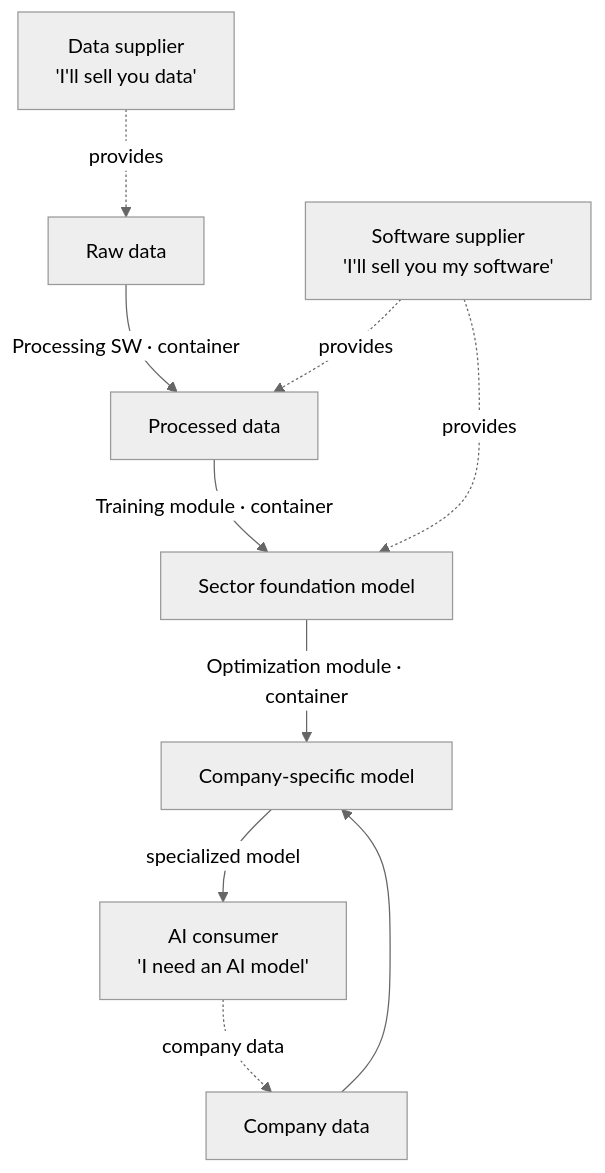
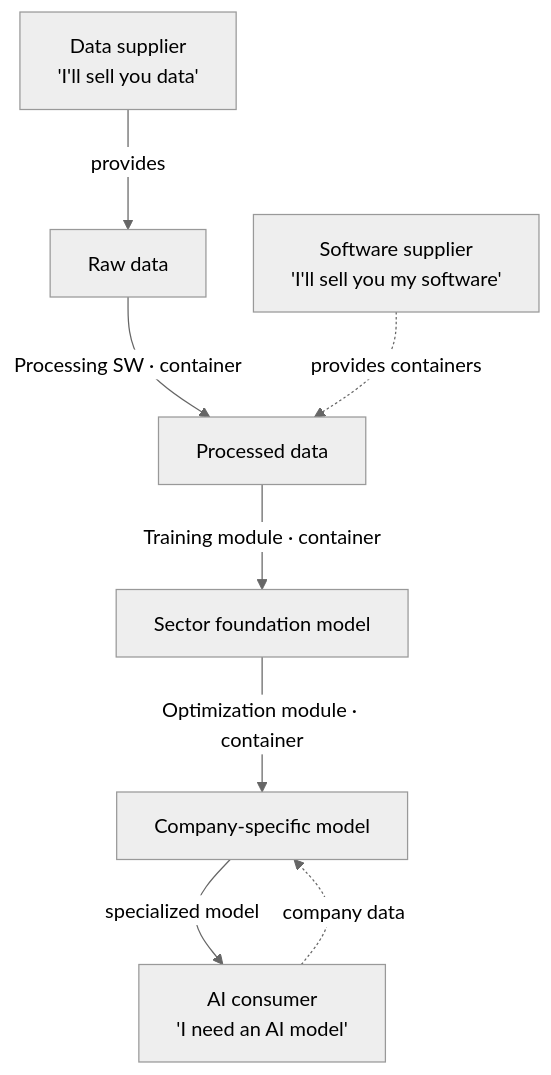
The diagram in _posts/2026-06-29-industrial-ai-data-factory.md (seungwooketi/seungwooketi.github.io), drawn with Mermaid (neutral theme) before and after one commit. The commit also changed other lines of this file and 1 other file, not shown here.

Commit message:
style(post): Data Lake 플로우를 좁은 수직 척추 구조로 재구성
가로 분기를 줄여 칼럼 폭 안에 들어오는 세로 흐름으로 재배치(공급자→원데이터→
가공→섹터FM→특화모델→수요자), rankSpacing으로 세로 여백 확보, zoomable 끄고
max-width로 크게 표시. 우측 잘림 해소. KO/EN 모두.

````diff
--- a/_posts/2026-06-29-industrial-ai-data-factory.md
+++ b/_posts/2026-06-29-industrial-ai-data-factory.md
@@ -141,12 +136,11 @@
 ```mermaid
+%%{init: {'flowchart': {'rankSpacing': 60, 'nodeSpacing': 38}}}%%
 flowchart TB
-  RD["Raw data"] -- "Processing SW · container" --> PD["Processed data"]
-  PD -- "Training module · container" --> SFM["Sector foundation model"]
-  SFM -- "Optimization module · container" --> CFM["Company-specific model"]
-  ED["Company data"] --> CFM
-  DP["Data supplier<br/>'I'll sell you data'"] -. provides .-> RD
-  SP["Software supplier<br/>'I'll sell you my software'"] -. provides .-> PD
-  SP -. provides .-> SFM
-  AIC["AI consumer<br/>'I need an AI model'"] -. company data .-> ED
-  CFM -- "specialized model" --> AIC
+  DP["Data supplier<br/>'I'll sell you data'"] -->|provides| RD["Raw data"]
+  RD -->|Processing SW · container| PD["Processed data"]
+  PD -->|Training module · container| SFM["Sector foundation model"]
+  SFM -->|Optimization module · container| CFM["Company-specific model"]
+  CFM -->|specialized model| AIC["AI consumer<br/>'I need an AI model'"]
+  SP["Software supplier<br/>'I'll sell you my software'"] -. provides containers .-> PD
+  AIC -. company data .-> CFM
 ```
````
